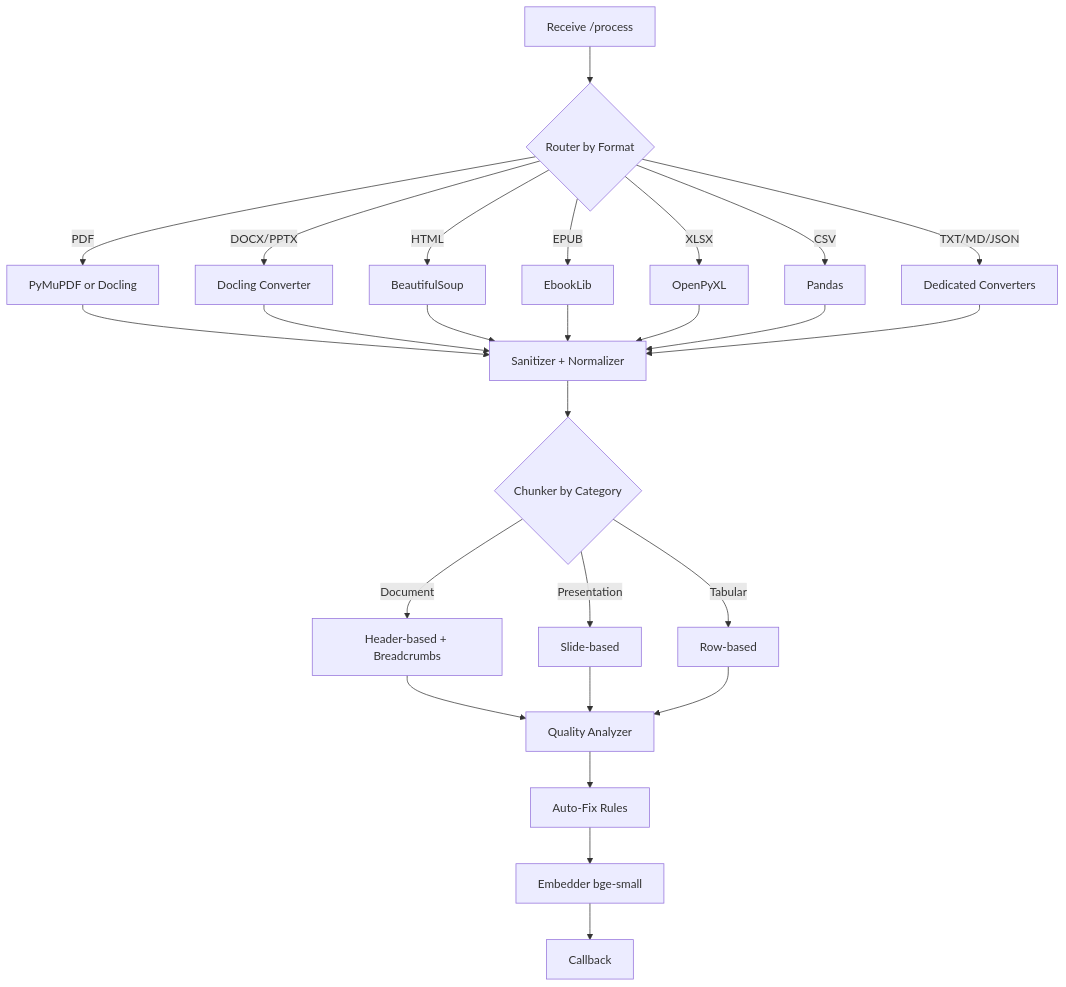
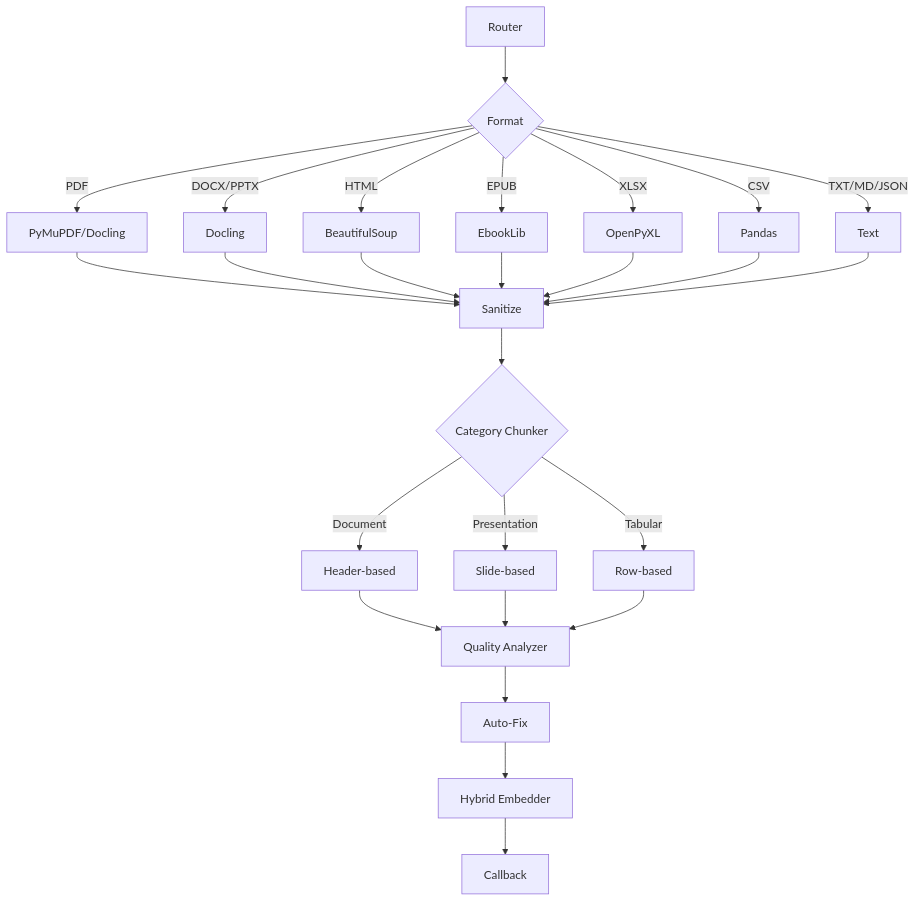
Before and after one commit to namtroi/RAGBase: the fourth of 5 diagrams in docs/data-flow.md, drawn with Mermaid. The commit also changed other lines of this file and 6 other files, not shown here.

````diff
--- a/docs/data-flow.md
+++ b/docs/data-flow.md
@@ -104,31 +97,31 @@
 ```mermaid
 graph TD
-    A[Receive /process] --> B{Router by Format}
-    B -->|PDF| C[PyMuPDF or Docling]
-    B -->|DOCX/PPTX| D[Docling Converter]
+    A[Router] --> B{Format}
+    B -->|PDF| C[PyMuPDF/Docling]
+    B -->|DOCX/PPTX| D[Docling]
     B -->|HTML| E[BeautifulSoup]
     B -->|EPUB| F[EbookLib]
     B -->|XLSX| G[OpenPyXL]
     B -->|CSV| H[Pandas]
-    B -->|TXT/MD/JSON| I[Dedicated Converters]
+    B -->|TXT/MD/JSON| I[Text]
     
-    C --> J[Sanitizer + Normalizer]
+    C --> J[Sanitize]
     D --> J
     E --> J
     F --> J
     G --> J
     H --> J
     I --> J
     
-    J --> K{Chunker by Category}
-    K -->|Document| L[Header-based + Breadcrumbs]
+    J --> K{Category Chunker}
+    K -->|Document| L[Header-based]
     K -->|Presentation| M[Slide-based]
     K -->|Tabular| N[Row-based]
     
     L --> O[Quality Analyzer]
     M --> O
     N --> O
-    O --> P[Auto-Fix Rules]
-    P --> Q[Embedder bge-small]
+    O --> P[Auto-Fix]
+    P --> Q[Hybrid Embedder]
     Q --> R[Callback]
 ```
````
